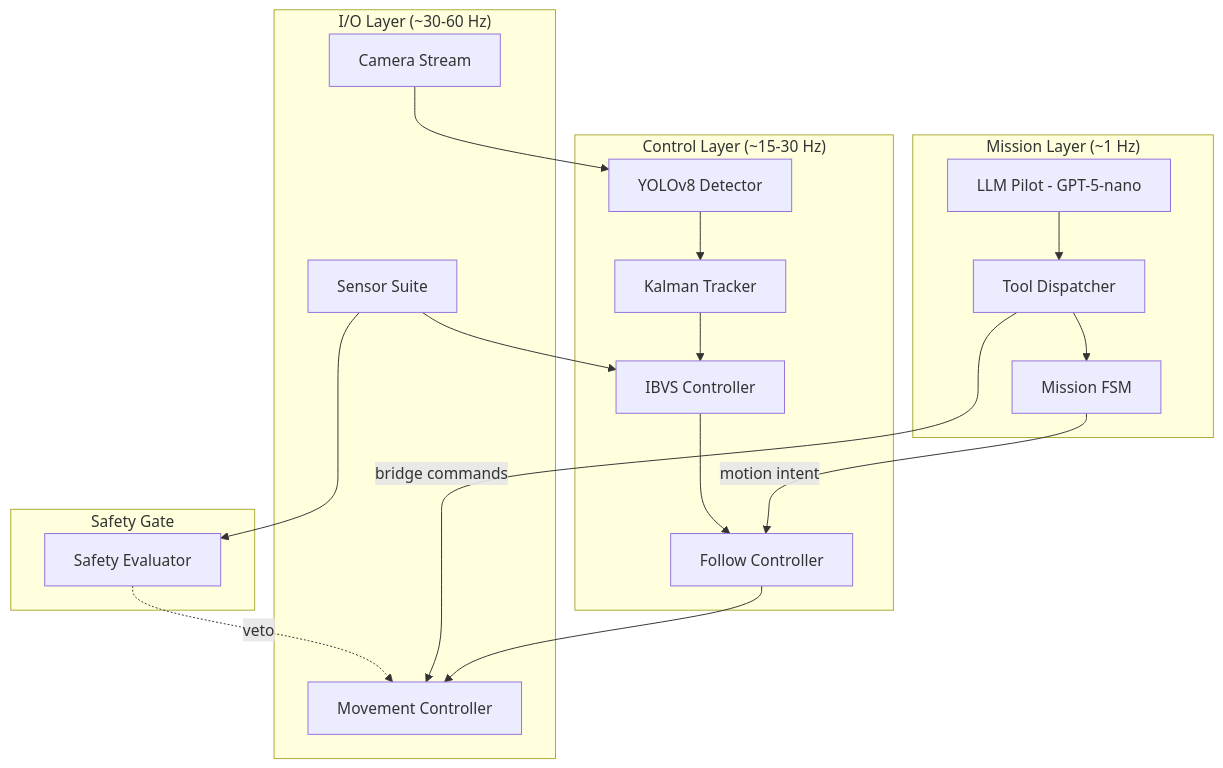
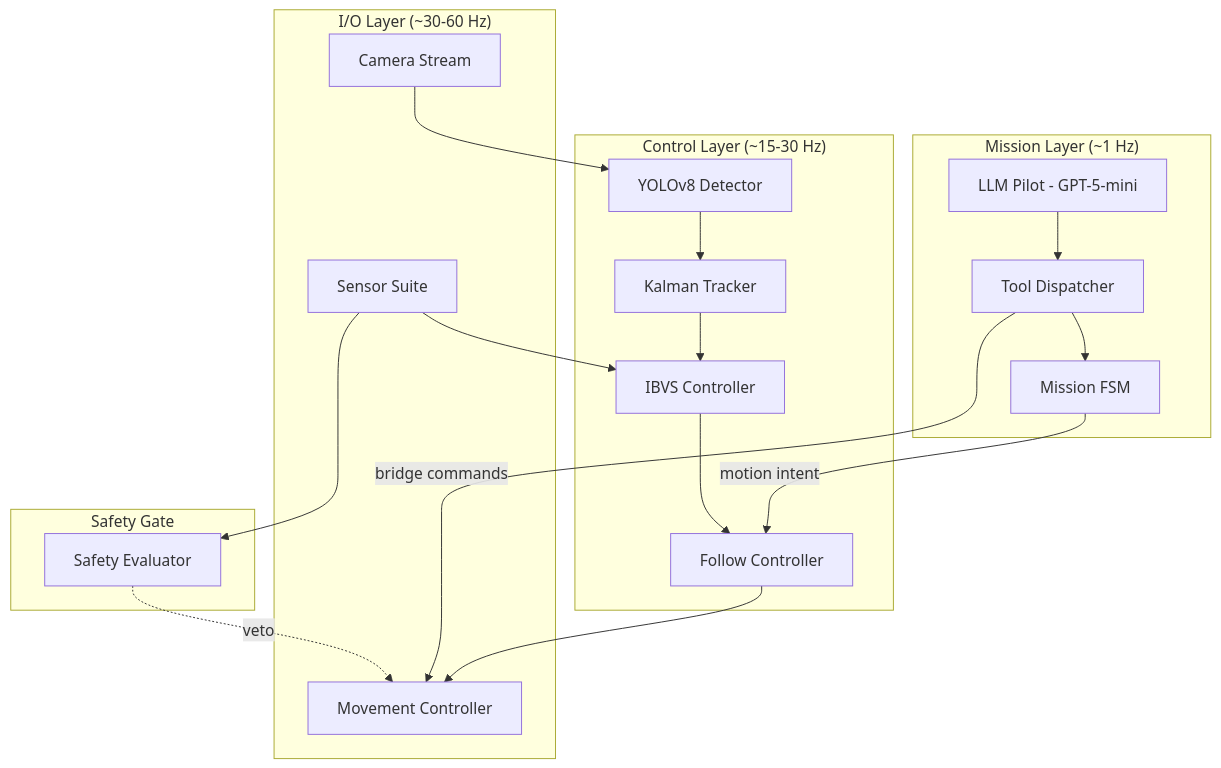
Before and after one commit to oaslananka/sky-track-vision-dev: the first of 2 diagrams in docs/architecture.md, drawn with Mermaid. The commit also changed other lines of this file and 5 other files, not shown here.

````diff
--- a/docs/architecture.md
+++ b/docs/architecture.md
@@ -9,35 +9,35 @@
 ```mermaid
 graph TB
     subgraph "Mission Layer (~1 Hz)"
-        LLM[LLM Pilot - GPT-5-nano]
+        LLM[LLM Pilot - GPT-5-mini]
         TD[Tool Dispatcher]
         FSM[Mission FSM]
         LLM --> TD --> FSM
     end
 
     subgraph "Control Layer (~15-30 Hz)"
         DET[YOLOv8 Detector]
         KT[Kalman Tracker]
         IBVS[IBVS Controller]
         FC[Follow Controller]
         DET --> KT --> IBVS --> FC
     end
 
     subgraph "I/O Layer (~30-60 Hz)"
         CAM[Camera Stream]
         SEN[Sensor Suite]
         MOV[Movement Controller]
         CAM --> DET
         SEN --> IBVS
         FC --> MOV
     end
 
     subgraph "Safety Gate"
         SE[Safety Evaluator]
         SE -.->|veto| MOV
         SEN --> SE
     end
 
     FSM -->|motion intent| FC
     TD -->|bridge commands| MOV
 ```
````
